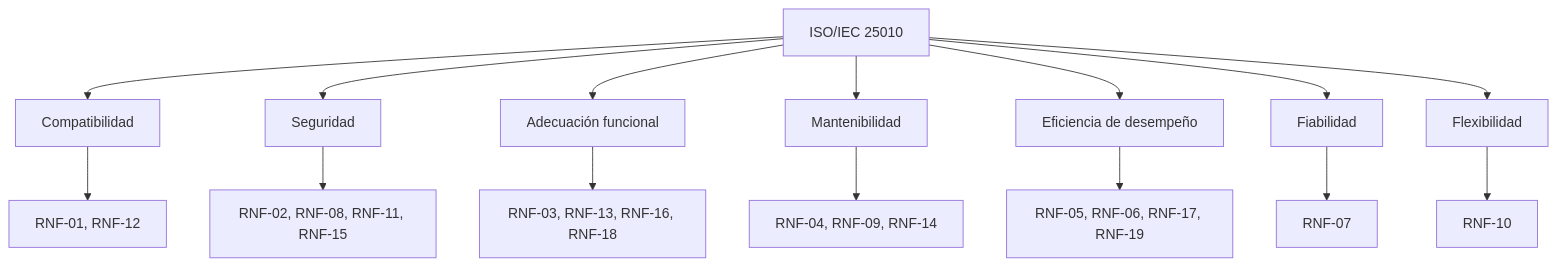
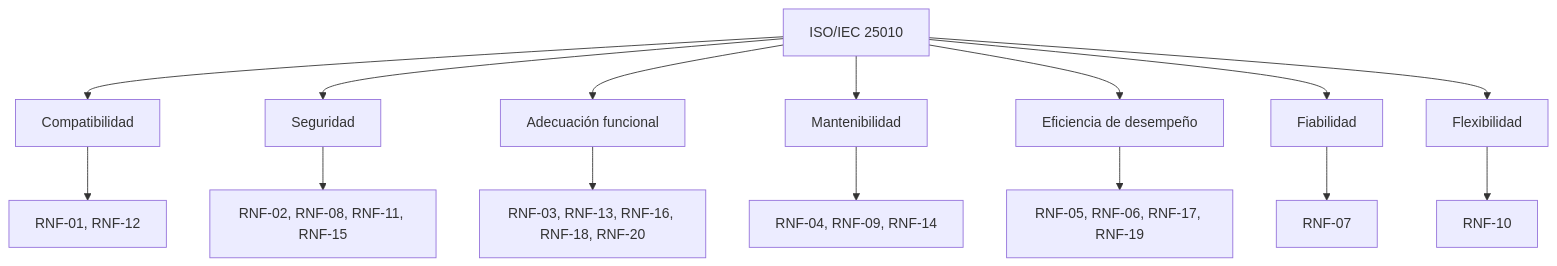
The fifth of 8 diagrams in docs/requerimientos.md (platanus-hack/platanus-hack-26-cl-team-4), drawn with Mermaid before and after one commit. The commit also changed other lines of this file and 1 other file, not shown here.

````diff
--- a/docs/requerimientos.md
+++ b/docs/requerimientos.md
@@ -243,10 +267,10 @@
 ```mermaid
 flowchart TD
   Q[ISO/IEC 25010] --> C1[Compatibilidad] --> R01["RNF-01, RNF-12"]
   Q --> C2[Seguridad] --> R02["RNF-02, RNF-08, RNF-11, RNF-15"]
-  Q --> C3[Adecuación funcional] --> R03["RNF-03, RNF-13, RNF-16, RNF-18"]
+  Q --> C3[Adecuación funcional] --> R03["RNF-03, RNF-13, RNF-16, RNF-18, RNF-20"]
   Q --> C4[Mantenibilidad] --> R04["RNF-04, RNF-09, RNF-14"]
   Q --> C5[Eficiencia de desempeño] --> R05["RNF-05, RNF-06, RNF-17, RNF-19"]
   Q --> C6[Fiabilidad] --> R07[RNF-07]
   Q --> C7[Flexibilidad] --> R10[RNF-10]
 ```
````
